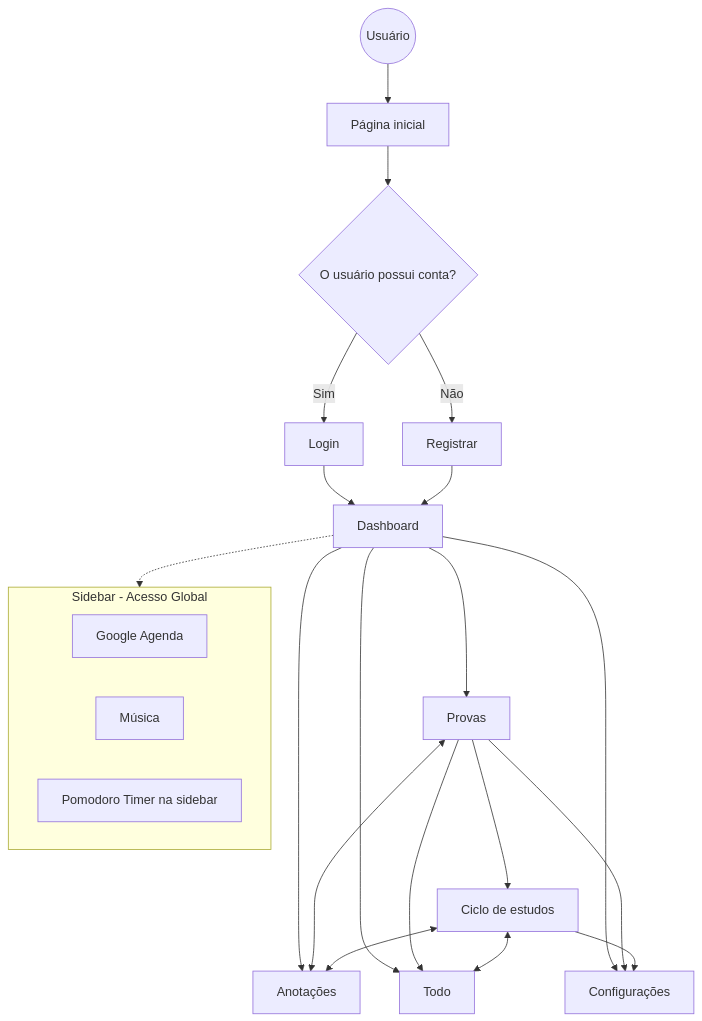
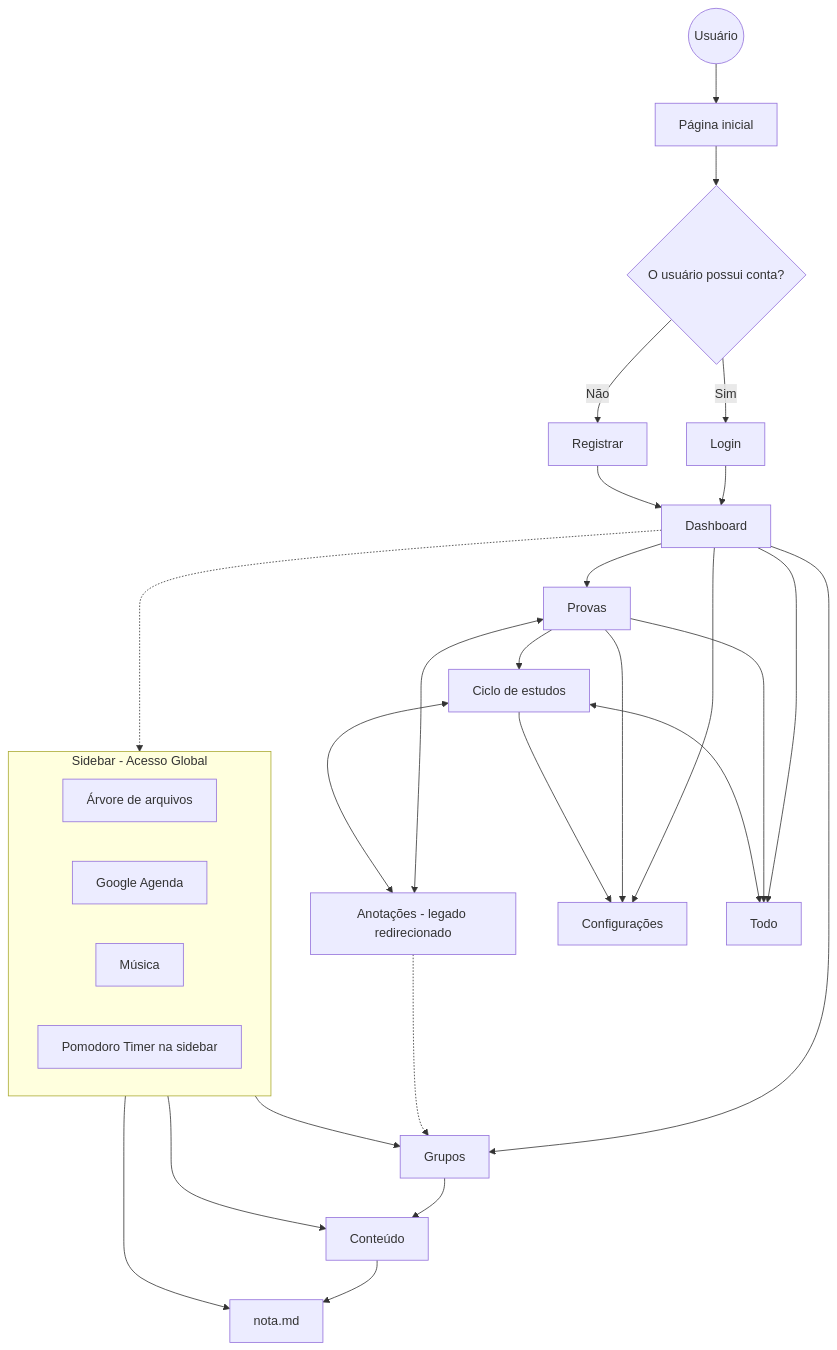
The diagram in docs/user-flow.md (Luis-Mackiewicz/uptake), drawn with Mermaid before and after one commit. The commit also changed 2 other files, not shown here.

Commit message:
docs: describe hierarchical file tree navigation

````diff
--- a/docs/user-flow.md
+++ b/docs/user-flow.md
@@ -1,46 +1,56 @@
 ```mermaid
 flowchart TD
 
     usuario((Usuário))
     home[Página inicial]
     login[Login]
     registrar[Registrar]
     dashboard[Dashboard]
+    grupos[Grupos]
+    conteudo[Conteúdo]
+    arquivo[nota.md]
     provas[Provas]
-    anotacoes[Anotações]
+    anotacoes[Anotações - legado redirecionado]
     config[Configurações]
     ciclo[Ciclo de estudos]
     todo[Todo]
 
     usuario --> home
     home --> auth{O usuário possui conta?}
     auth -->|Sim| login
     auth -->|Não| registrar
 
     login --> dashboard
     registrar --> dashboard
 
+    dashboard --> grupos
+    grupos --> conteudo
+    conteudo --> arquivo
+    anotacoes -.-> grupos
     dashboard --> provas
-    dashboard --> anotacoes
     dashboard --> config
     dashboard --> todo
 
     provas --> ciclo
     provas --> config
     provas --> todo
     provas <--> anotacoes
 
     ciclo <--> anotacoes
     ciclo <--> todo
     ciclo --> config
 
 
     subgraph Sidebar [Sidebar - Acesso Global]
         direction LR
+        arvore[Árvore de arquivos]
         agenda[Google Agenda]
         musica[Música]
         pomodoro[Pomodoro Timer na sidebar]
     end
 
     dashboard -.-> Sidebar
+    arvore --> grupos
+    arvore --> conteudo
+    arvore --> arquivo
 ```
````
